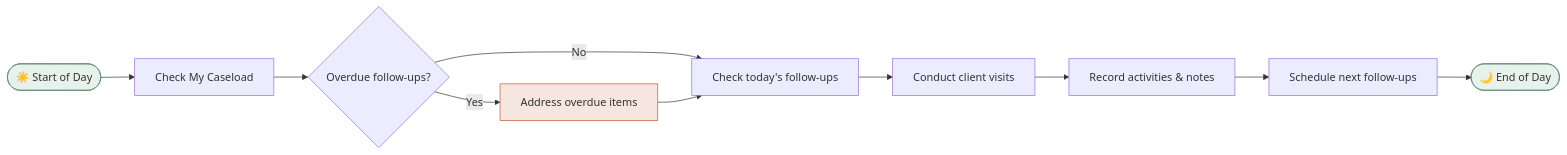
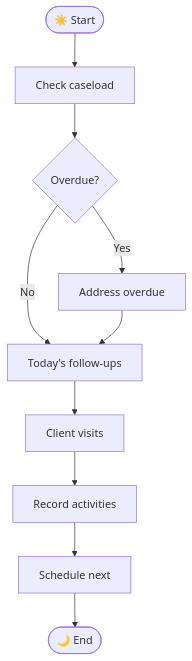
One commit to manaaki-tech/manaakicare-docs changed the seventh of 8 diagrams in docs/getting-started/workflow-overview.mdx. Above: the diagram before and after it, drawn with Mermaid. The commit also changed other lines of this file and 4 other files, not shown here.

````diff
--- a/docs/getting-started/workflow-overview.mdx
+++ b/docs/getting-started/workflow-overview.mdx
@@ -245,16 +253,22 @@
 ```mermaid
-flowchart LR
-    start(["☀️ Start of Day"]) --> dashboard["Check My Caseload"]
-    dashboard --> overdue{"Overdue follow-ups?"}
-    overdue -->|"Yes"| address["Address overdue items"]
-    overdue -->|"No"| today["Check today's follow-ups"]
+flowchart TB
+    start(["☀️ Start"])
+    dashboard["Check caseload"]
+    overdue{"Overdue?"}
+    address["Address overdue"]
+    today["Today's follow-ups"]
+    visits["Client visits"]
+    record["Record activities"]
+    schedule["Schedule next"]
+    end_day(["🌙 End"])
+
+    start --> dashboard
+    dashboard --> overdue
+    overdue -->|"Yes"| address
+    overdue -->|"No"| today
     address --> today
-    today --> visits["Conduct client visits"]
-    visits --> record["Record activities & notes"]
-    record --> schedule["Schedule next follow-ups"]
-    schedule --> end_day(["🌙 End of Day"])
-
-    style start fill:#E8F2EC,stroke:#5C8A72
-    style end_day fill:#E8F2EC,stroke:#5C8A72
-    style address fill:#F5E6E0,stroke:#B85C38
+    today --> visits
+    visits --> record
+    record --> schedule
+    schedule --> end_day
 ```
````
